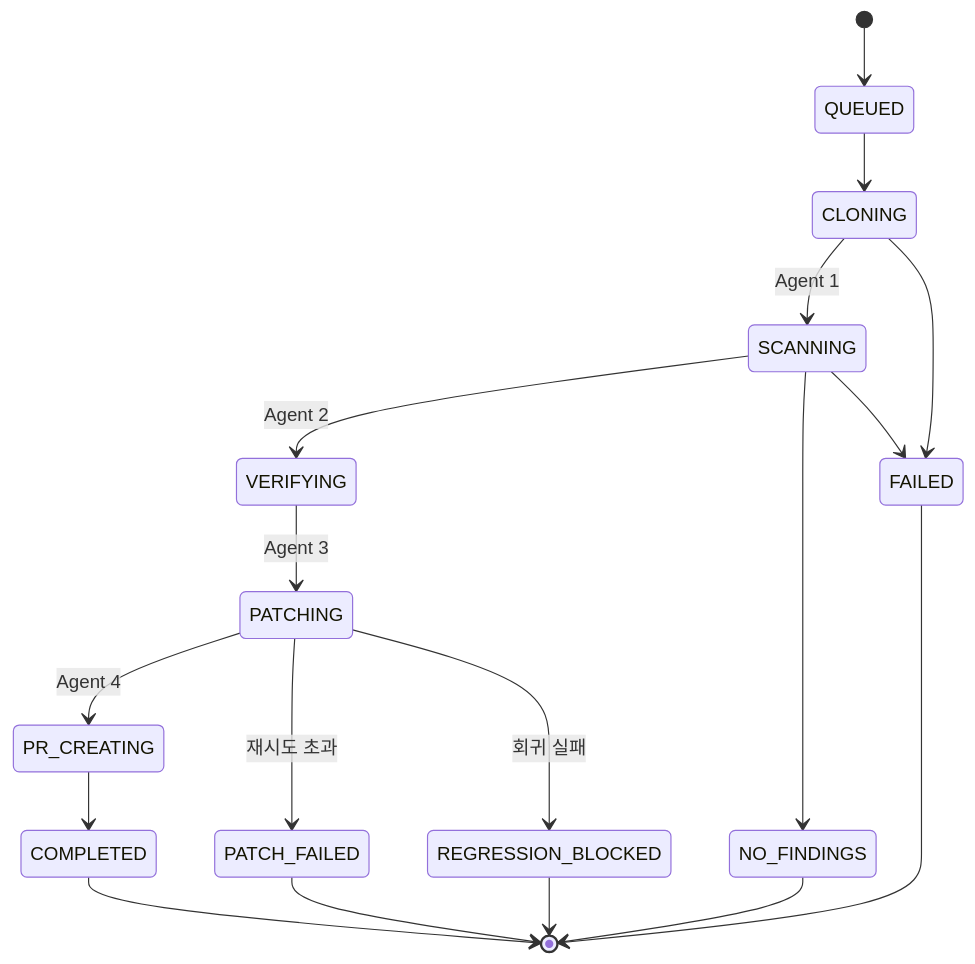
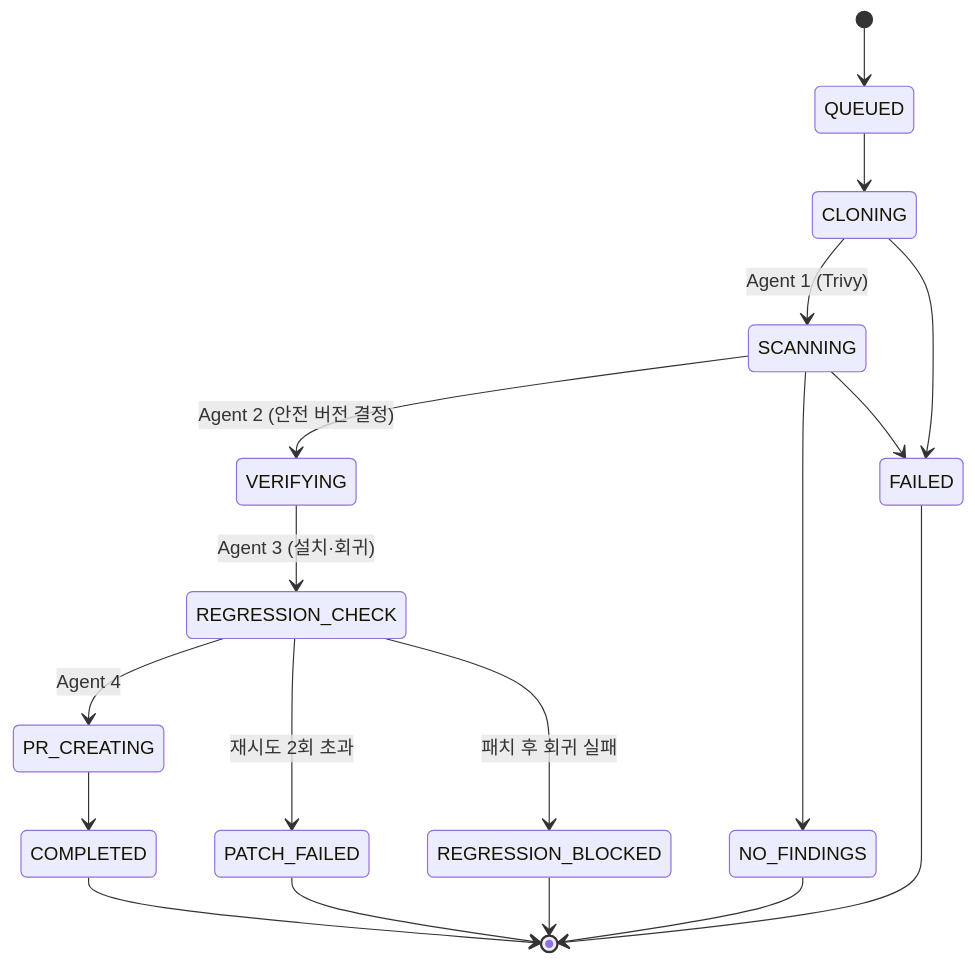
The third of 10 diagrams in DOCS/VibeGuard_Architecture.md (peachoath/vibeguard), drawn with Mermaid before and after one commit. The commit also changed other lines of this file and 7 other files, not shown here.

````diff
--- a/DOCS/VibeGuard_Architecture.md
+++ b/DOCS/VibeGuard_Architecture.md
@@ -117,20 +121,20 @@
 ```mermaid
 stateDiagram-v2
     [*] --> QUEUED
     QUEUED --> CLONING
-    CLONING --> SCANNING : Agent 1
-    SCANNING --> VERIFYING : Agent 2
+    CLONING --> SCANNING : Agent 1 (Trivy)
+    SCANNING --> VERIFYING : Agent 2 (안전 버전 결정)
     SCANNING --> NO_FINDINGS
-    VERIFYING --> PATCHING : Agent 3
-    PATCHING --> PR_CREATING : Agent 4
-    PATCHING --> PATCH_FAILED : 재시도 초과
-    PATCHING --> REGRESSION_BLOCKED : 회귀 실패
+    VERIFYING --> REGRESSION_CHECK : Agent 3 (설치·회귀)
+    REGRESSION_CHECK --> PR_CREATING : Agent 4
+    REGRESSION_CHECK --> PATCH_FAILED : 재시도 2회 초과
+    REGRESSION_CHECK --> REGRESSION_BLOCKED : 패치 후 회귀 실패
     PR_CREATING --> COMPLETED
     CLONING --> FAILED
     SCANNING --> FAILED
     NO_FINDINGS --> [*]
     PATCH_FAILED --> [*]
     REGRESSION_BLOCKED --> [*]
     COMPLETED --> [*]
     FAILED --> [*]
 ```
````
